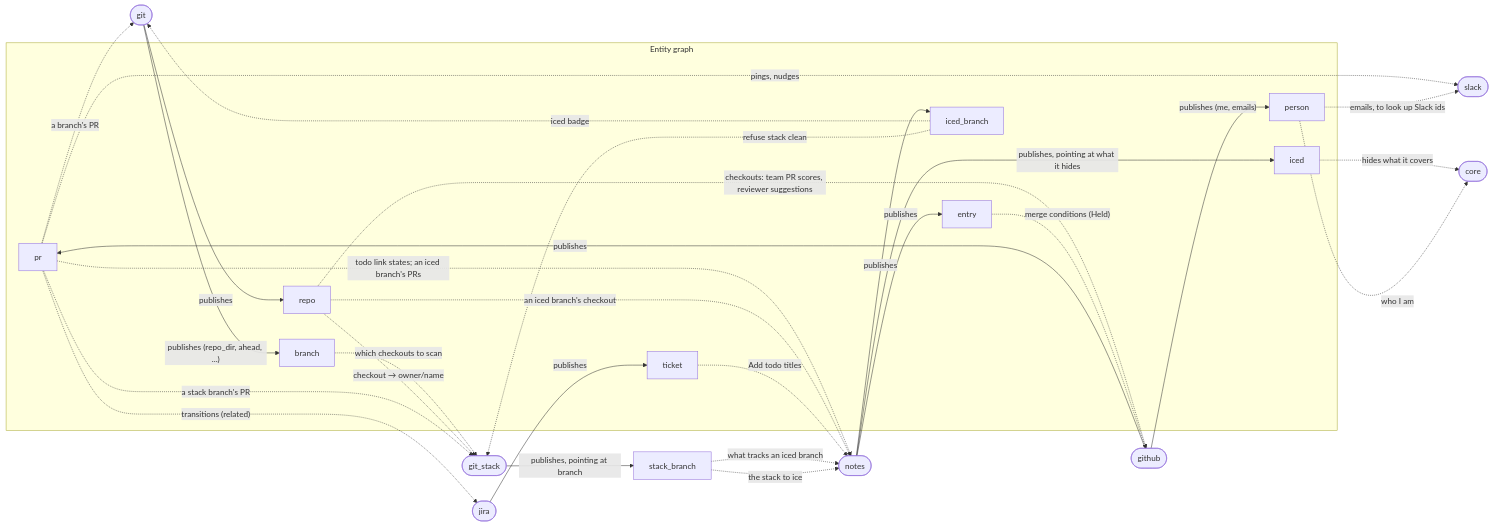
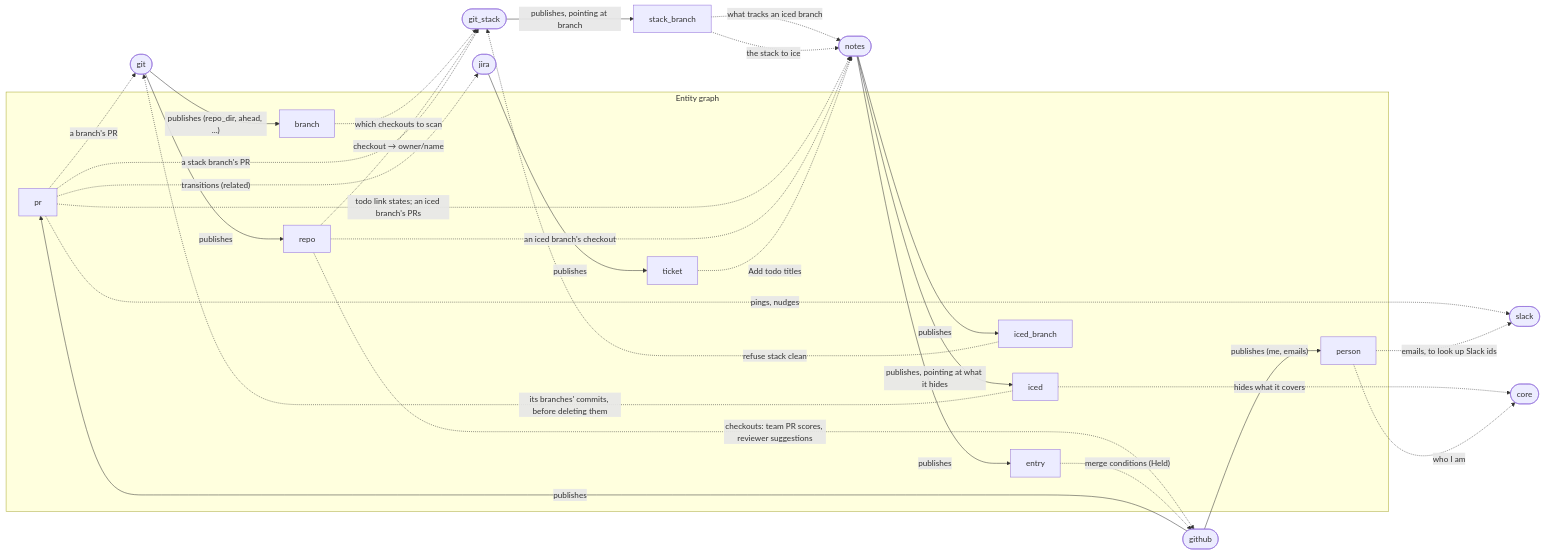
The first of 2 diagrams in docs/plugins.md (benekastah/move-forward), drawn with Mermaid before and after one commit. The commit also changed other lines of this file and 2 other files, not shown here.

Commit message:
Find what's on ice through iced in git, and stop badging it
Core hides iced branches, so Local work's iced badge and ranking never
show. Delete branches goes on items about a hiding entity, for the
branches among their subjects, and deleting checks a branch against the
commit its `iced` recorded instead of reading `iced_branch`.

````diff
--- a/docs/plugins.md
+++ b/docs/plugins.md
@@ -14,42 +14,42 @@
 ```mermaid
 flowchart LR
     subgraph Graph["Entity graph"]
         pr[pr]
         person[person]
         repo[repo]
         branch[branch]
         ticket[ticket]
         entry[entry]
         iced[iced_branch]
         ice[iced]
     end
 
     github([github]) -- publishes --> pr
     github -- "publishes (me, emails)" --> person
     git([git]) -- publishes --> repo
     git -- "publishes (repo_dir, ahead, ...)" --> branch
     git_stack([git_stack]) -- "publishes, pointing at branch" --> stack_branch[stack_branch]
     jira([jira]) -- publishes --> ticket
     notes([notes]) -- publishes --> entry
     notes -- publishes --> iced
     notes -- "publishes, pointing at what it hides" --> ice
     ice -. "hides what it covers" .-> core([core])
 
     repo -. "checkouts: team PR scores, reviewer suggestions" .-> github
     entry -. "merge conditions (Held)" .-> github
     pr -. "a branch's PR" .-> git
-    iced -. "iced badge" .-> git
+    ice -. "its branches' commits, before deleting them" .-> git
     branch -. "which checkouts to scan" .-> git_stack
     repo -. "checkout → owner/name" .-> git_stack
     pr -. "a stack branch's PR" .-> git_stack
     iced -. "refuse stack clean" .-> git_stack
     pr -. "transitions (related)" .-> jira
     pr -. "pings, nudges" .-> slack([slack])
     person -. "emails, to look up Slack ids" .-> slack
     pr -. "todo link states; an iced branch's PRs" .-> notes
     repo -. "an iced branch's checkout" .-> notes
     stack_branch -. "what tracks an iced branch" .-> notes
     ticket -. "Add todo titles" .-> notes
     stack_branch -. "the stack to ice" .-> notes
     person -. "who I am" .-> core([core])
 ```
````
